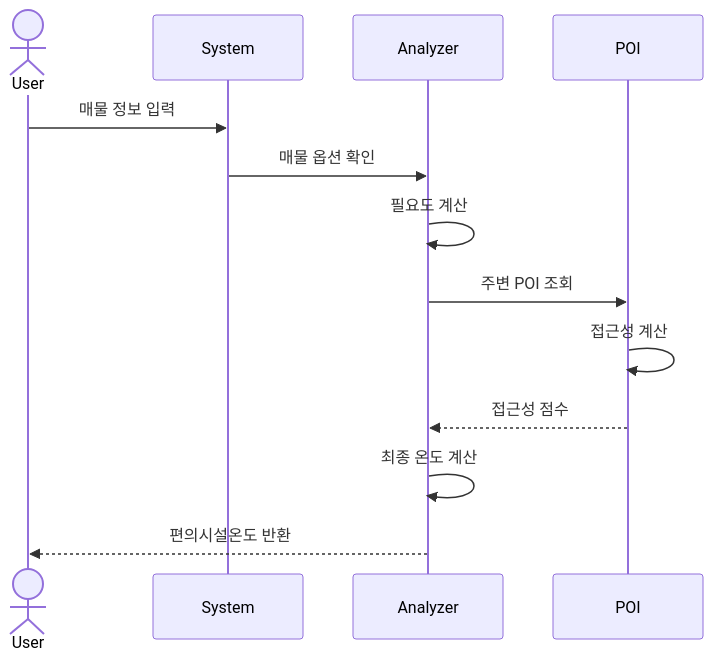
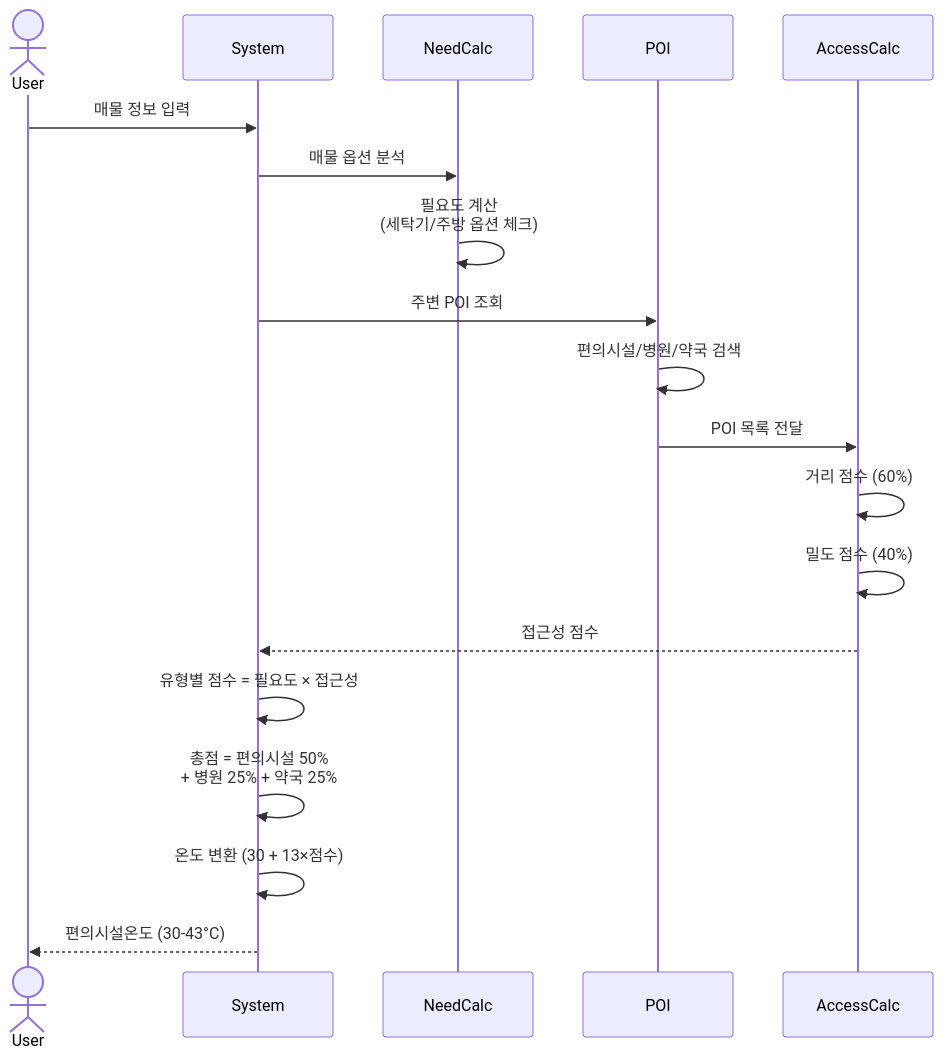
One commit to eunjeong0911/Property-recommend changed the first of 5 diagrams in analytics/sequence_diagrams.md. Above: the diagram before and after it, drawn with Mermaid. The commit also changed other lines of this file, not shown here.

Commit message:
docs: 시퀀스 다이어그램 수정

````diff
--- a/analytics/sequence_diagrams.md
+++ b/analytics/sequence_diagrams.md
@@ -5,16 +5,25 @@
 ```mermaid
 sequenceDiagram
     actor User
     participant System
-    participant Analyzer
+    participant NeedCalc
     participant POI
+    participant AccessCalc
     
     User->>System: 매물 정보 입력
-    System->>Analyzer: 매물 옵션 확인
-    Analyzer->>Analyzer: 필요도 계산
-    Analyzer->>POI: 주변 POI 조회
-    POI->>POI: 접근성 계산
-    POI-->>Analyzer: 접근성 점수
-    Analyzer->>Analyzer: 최종 온도 계산
-    Analyzer-->>User: 편의시설온도 반환
+    System->>NeedCalc: 매물 옵션 분석
+    NeedCalc->>NeedCalc: 필요도 계산<br/>(세탁기/주방 옵션 체크)
+    
+    System->>POI: 주변 POI 조회
+    POI->>POI: 편의시설/병원/약국 검색
+    POI->>AccessCalc: POI 목록 전달
+    
+    AccessCalc->>AccessCalc: 거리 점수 (60%)
+    AccessCalc->>AccessCalc: 밀도 점수 (40%)
+    AccessCalc-->>System: 접근성 점수
+    
+    System->>System: 유형별 점수 = 필요도 × 접근성
+    System->>System: 총점 = 편의시설 50%<br/>+ 병원 25% + 약국 25%
+    System->>System: 온도 변환 (30 + 13×점수)
+    System-->>User: 편의시설온도 (30-43°C)
 ```
````
